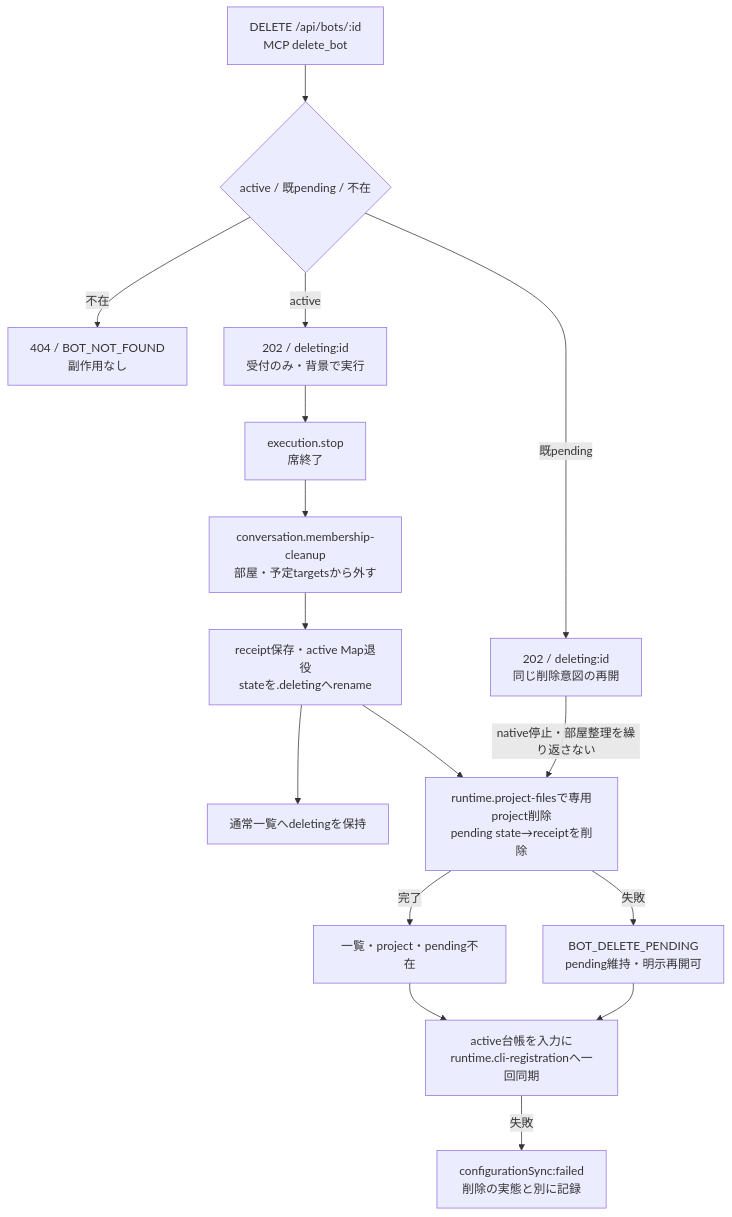
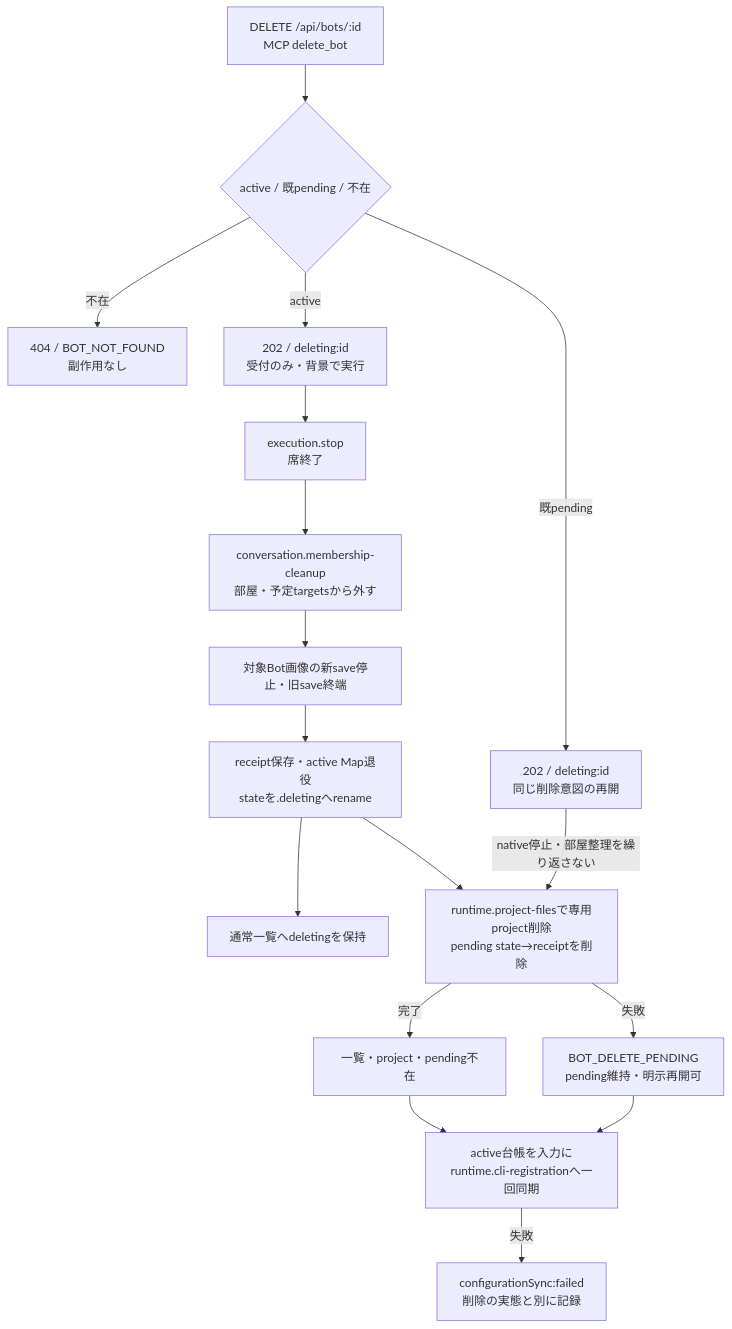
Before and after one commit to kitepon/BellTeam: the diagram in docs/architecture/modules/members/deletion.md, drawn with Mermaid. The commit also changed other lines of this file and 7 other files, not shown here.

````diff
--- a/docs/architecture/modules/members/deletion.md
+++ b/docs/architecture/modules/members/deletion.md
@@ -5,18 +5,19 @@
 ```mermaid
 flowchart TD
   Input["DELETE /api/bots/:id<br/>MCP delete_bot"] --> Target{"active / 既pending / 不在"}
   Target -->|"不在"| Missing["404 / BOT_NOT_FOUND<br/>副作用なし"]
   Target -->|"active"| Accepted["202 / deleting:id<br/>受付のみ・背景で実行"]
   Target -->|"既pending"| Resume["202 / deleting:id<br/>同じ削除意図の再開"]
   Accepted --> Stop["execution.stop<br/>席終了"]
   Stop --> Rooms["conversation.membership-cleanup<br/>部屋・予定targetsから外す"]
-  Rooms --> Record["receipt保存・active Map退役<br/>stateを.deletingへrename"]
+  Rooms --> Gate["対象Bot画像の新save停止・旧save終端"]
+  Gate --> Record["receipt保存・active Map退役<br/>stateを.deletingへrename"]
   Record --> Listing["通常一覧へdeletingを保持"]
   Record --> Cleanup["runtime.project-filesで専用project削除<br/>pending state→receiptを削除"]
   Resume -->|"native停止・部屋整理を繰り返さない"| Cleanup
   Cleanup -->|"完了"| Absent["一覧・project・pending不在"]
   Cleanup -->|"失敗"| Pending["BOT_DELETE_PENDING<br/>pending維持・明示再開可"]
   Absent --> Sync["active台帳を入力に<br/>runtime.cli-registrationへ一回同期"]
   Pending --> Sync
   Sync -->|"失敗"| SyncError["configurationSync:failed<br/>削除の実態と別に記録"]
 ```
````
